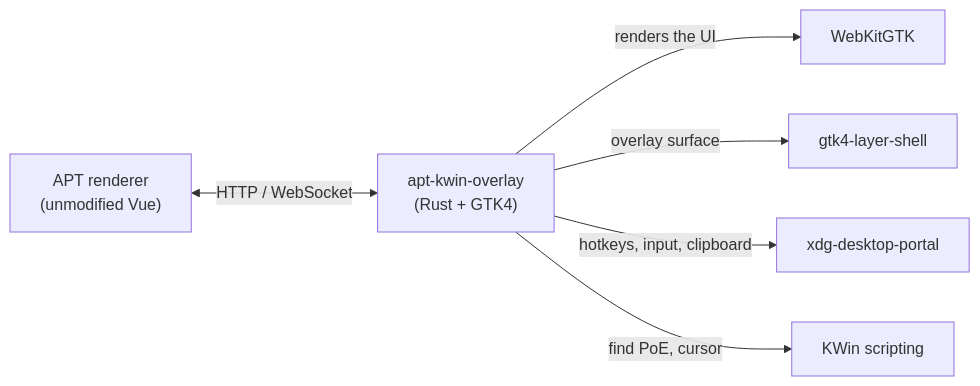
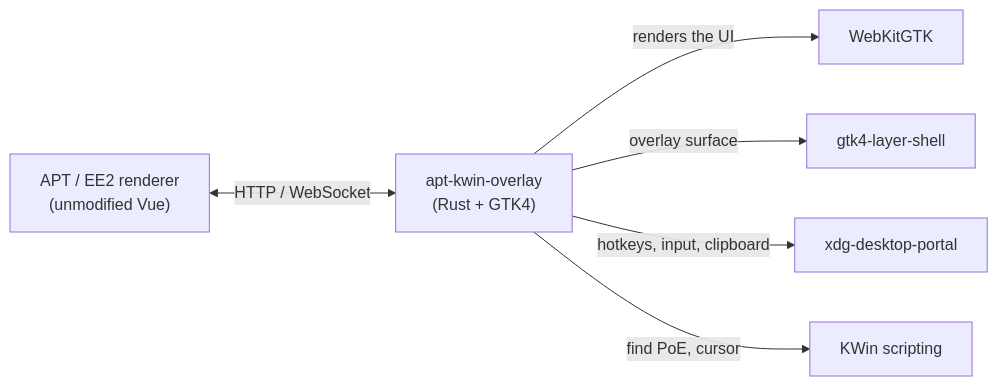
Before and after one commit to thwonghin/poe-kde-overlay: the diagram in README.md, drawn with Mermaid. The commit also changed other lines of this file and 25 other files, not shown here.

````diff
--- a/README.md
+++ b/README.md
@@ -16,8 +25,8 @@
 ```mermaid
 flowchart LR
-    R["APT renderer<br/>(unmodified Vue)"] <-->|HTTP / WebSocket| H["apt-kwin-overlay<br/>(Rust + GTK4)"]
+    R["APT / EE2 renderer<br/>(unmodified Vue)"] <-->|HTTP / WebSocket| H["apt-kwin-overlay<br/>(Rust + GTK4)"]
     H -->|renders the UI| W[WebKitGTK]
     H -->|overlay surface| L[gtk4-layer-shell]
     H -->|hotkeys, input, clipboard| P[xdg-desktop-portal]
     H -->|find PoE, cursor| K[KWin scripting]
 ```
````
